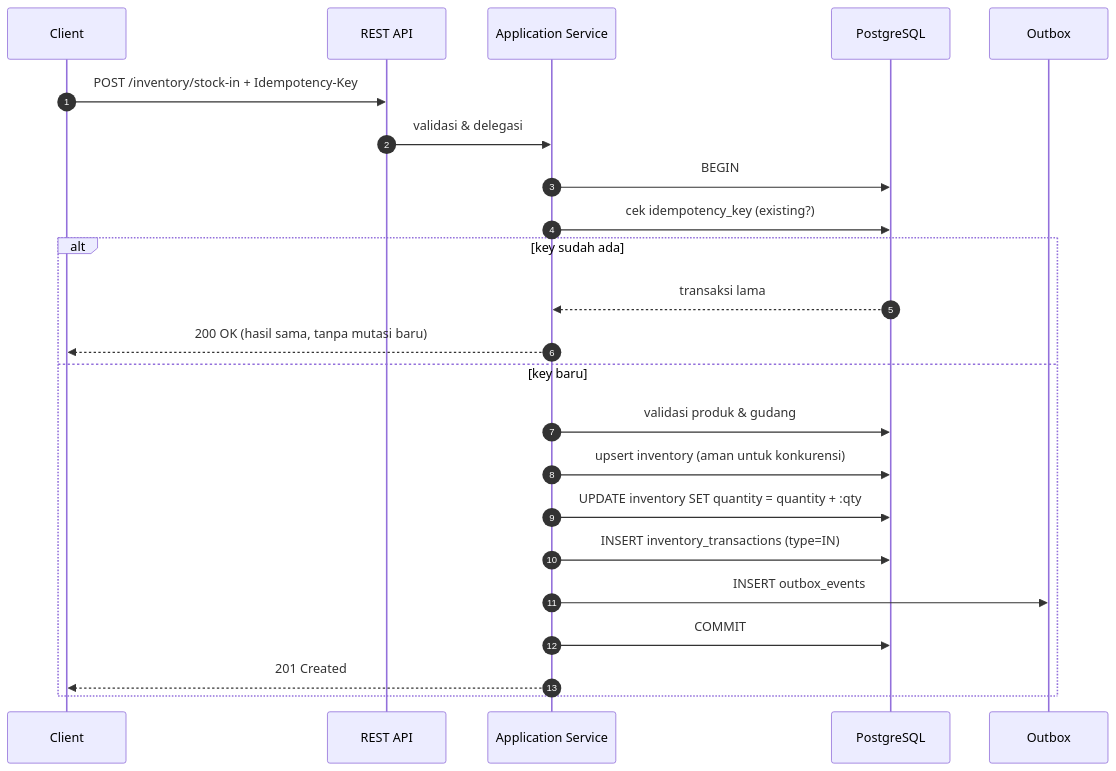
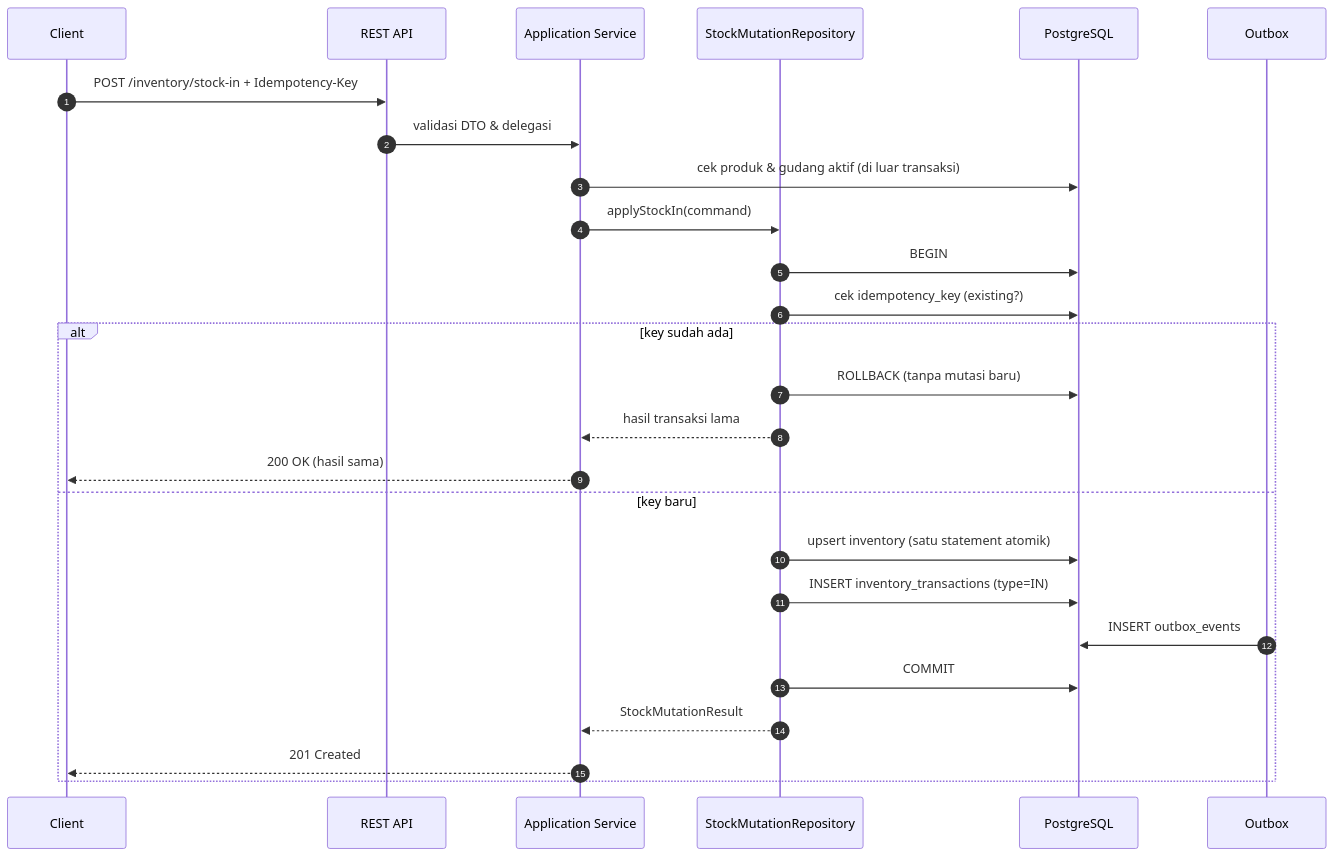
Before and after one commit to nvafandi/StockFlow: the first of 3 diagrams in docs/fsd.md, drawn with Mermaid. The commit also changed other lines of this file and 4 other files, not shown here.

First line of the commit message:
docs: jadikan repository sebagai batas transaksi database

````diff
--- a/docs/fsd.md
+++ b/docs/fsd.md
@@ -344,26 +344,29 @@
 ```mermaid
 sequenceDiagram
     autonumber
     participant C as Client
     participant A as REST API
     participant S as Application Service
+    participant R as StockMutationRepository
     participant D as PostgreSQL
     participant O as Outbox
 
     C->>A: POST /inventory/stock-in + Idempotency-Key
-    A->>S: validasi & delegasi
-    S->>D: BEGIN
-    S->>D: cek idempotency_key (existing?)
+    A->>S: validasi DTO & delegasi
+    S->>D: cek produk & gudang aktif (di luar transaksi)
+    S->>R: applyStockIn(command)
+    R->>D: BEGIN
+    R->>D: cek idempotency_key (existing?)
     alt key sudah ada
-        D-->>S: transaksi lama
-        S-->>C: 200 OK (hasil sama, tanpa mutasi baru)
+        R->>D: ROLLBACK (tanpa mutasi baru)
+        R-->>S: hasil transaksi lama
+        S-->>C: 200 OK (hasil sama)
     else key baru
-        S->>D: validasi produk & gudang
-        S->>D: upsert inventory (aman untuk konkurensi)
-        S->>D: UPDATE inventory SET quantity = quantity + :qty
-        S->>D: INSERT inventory_transactions (type=IN)
-        S->>O: INSERT outbox_events
-        S->>D: COMMIT
+        R->>D: upsert inventory (satu statement atomik)
+        R->>D: INSERT inventory_transactions (type=IN)
+        O->>D: INSERT outbox_events
+        R->>D: COMMIT
+        R-->>S: StockMutationResult
         S-->>C: 201 Created
     end
 ```
````
